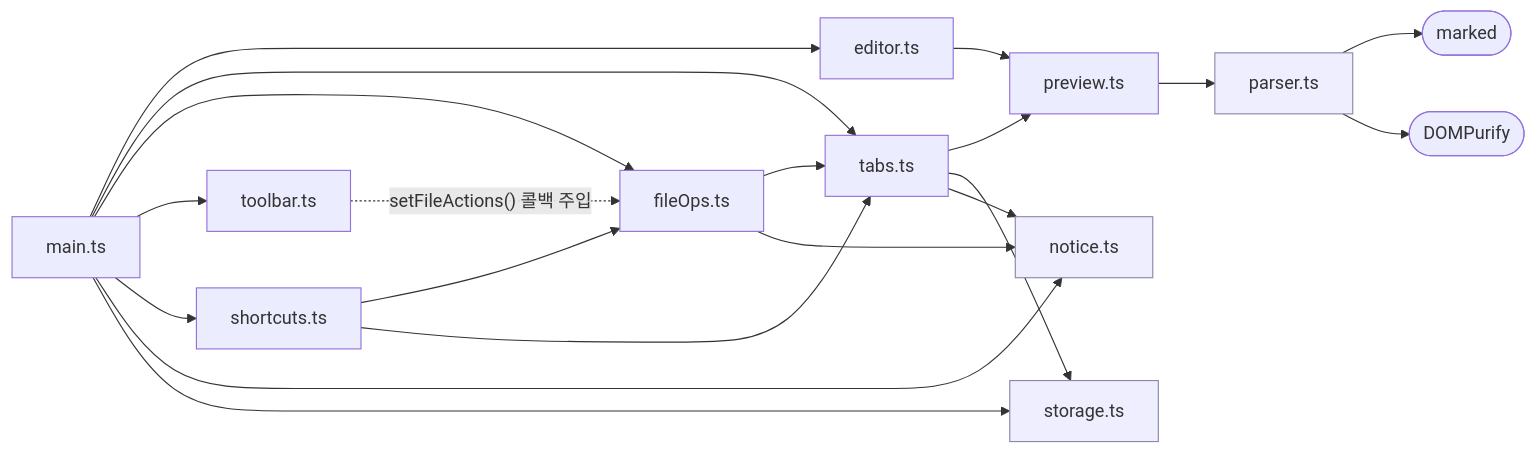
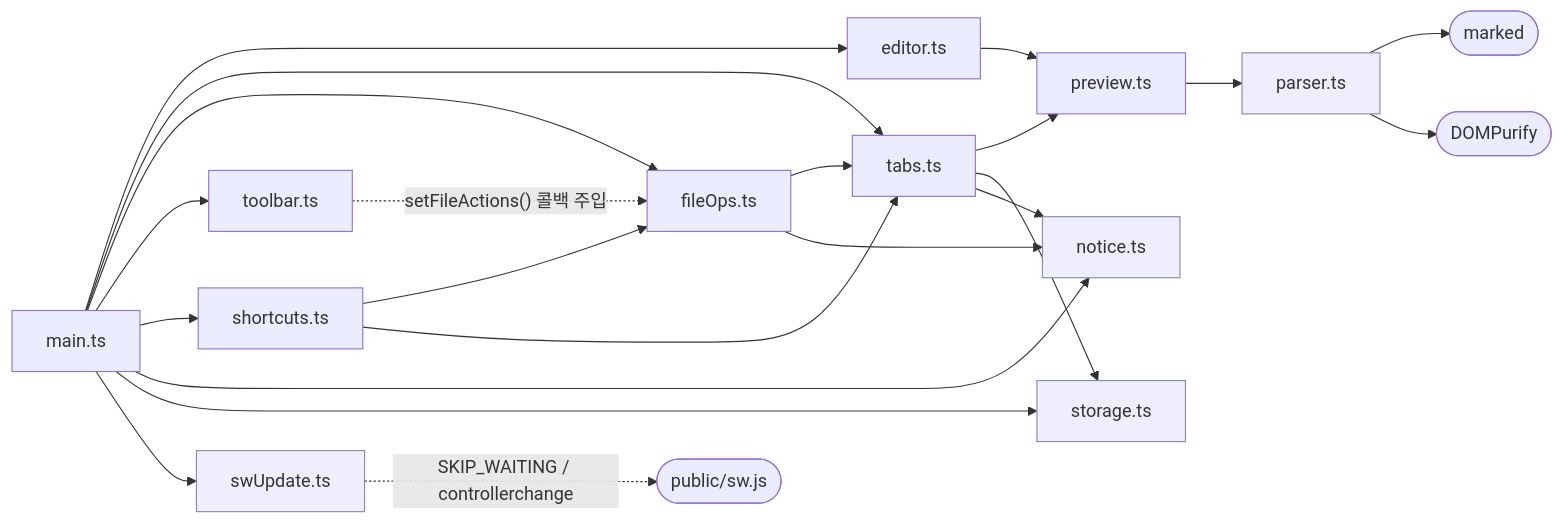
One commit to devworld-ltd/markdownEditor changed the diagram in docs/architecture/traceability.md. Above: the diagram before and after it, drawn with Mermaid. The commit also changed other lines of this file and 11 other files, not shown here.

````diff
--- a/docs/architecture/traceability.md
+++ b/docs/architecture/traceability.md
@@ -38,27 +39,29 @@
 ```mermaid
 graph LR
   main["main.ts"] --> editor["editor.ts"]
   main --> tabs["tabs.ts"]
   main --> fileOps["fileOps.ts"]
   main --> toolbar["toolbar.ts"]
   main --> shortcuts["shortcuts.ts"]
   main --> notice["notice.ts"]
   main --> storage["storage.ts"]
+  main --> swUpdate["swUpdate.ts"]
+  swUpdate -. "SKIP_WAITING / controllerchange" .-> sw(["public/sw.js"])
 
   editor --> preview["preview.ts"]
   tabs --> preview
   tabs --> storage
   preview --> parser["parser.ts"]
   parser --> marked(["marked"])
   parser --> purify(["DOMPurify"])
 
   fileOps --> tabs
   fileOps --> notice
   tabs --> notice
   shortcuts --> fileOps
   shortcuts --> tabs
   toolbar -. "setFileActions() 콜백 주입" .-> fileOps
 
   classDef leaf fill:#eef,stroke:#88a
-  class parser,storage,notice leaf
+  class parser,storage,notice,swUpdate leaf
 ```
````
